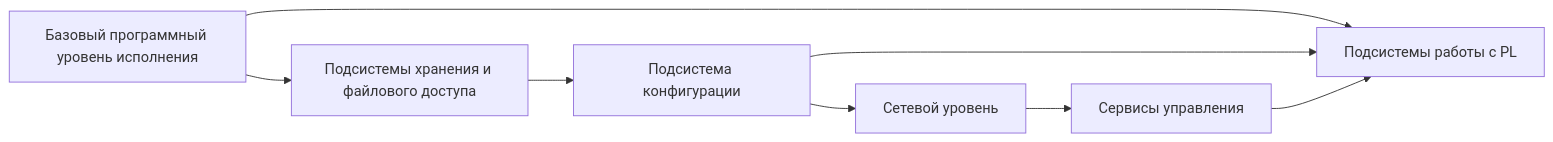
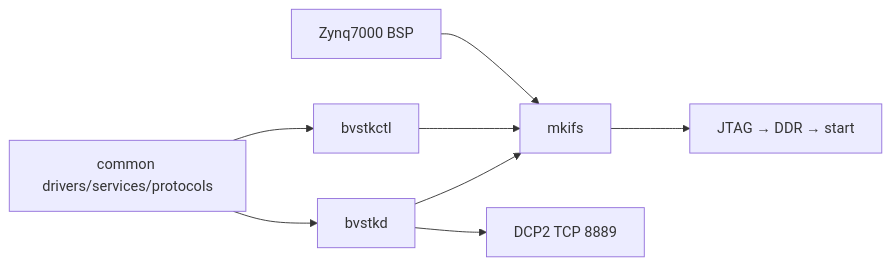
Before and after one commit to igtrefilov/bvstk: the fourth of 6 diagrams in docs/dev/architecture.md, drawn with Mermaid. The commit also changed other lines of this file and 44 other files, not shown here.

````diff
--- a/docs/dev/architecture.md
+++ b/docs/dev/architecture.md
@@ -202,17 +107,10 @@
 ```mermaid
 flowchart LR
-  rt["Базовый программный уровень исполнения"]
-  fs["Подсистемы хранения и файлового доступа"]
-  cfg["Подсистема конфигурации"]
-  net["Сетевой уровень"]
-  svc["Сервисы управления"]
-  plsw["Подсистемы работы с PL"]
-
-  rt --> fs
-  fs --> cfg
-  cfg --> net
-  net --> svc
-  rt --> plsw
-  cfg --> plsw
-  svc --> plsw
+    BSP["Zynq7000 BSP"] --> IFS["mkifs"]
+    COMMON["common drivers/services/protocols"] --> CTL["bvstkctl"]
+    COMMON --> DAEMON["bvstkd"]
+    CTL --> IFS
+    DAEMON --> IFS
+    IFS --> JTAG["JTAG → DDR → start"]
+    DAEMON --> DCP2["DCP2 TCP 8889"]
 ```
````
